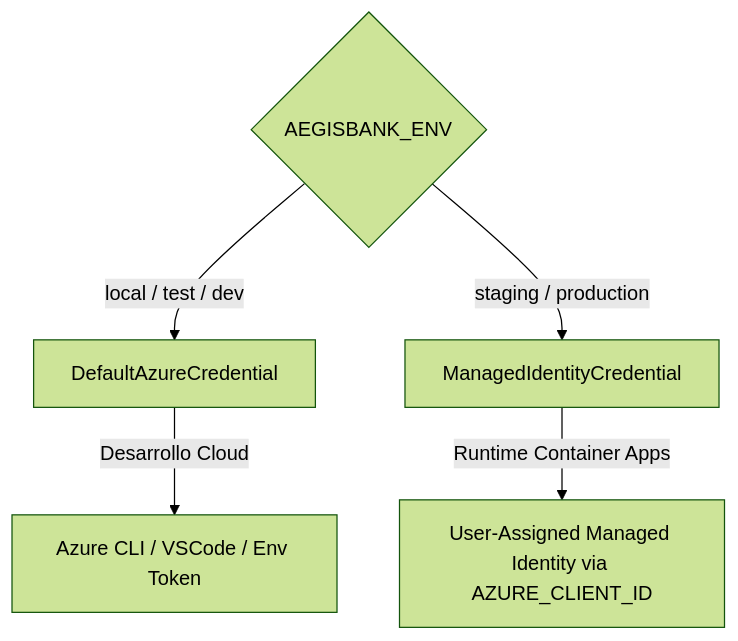
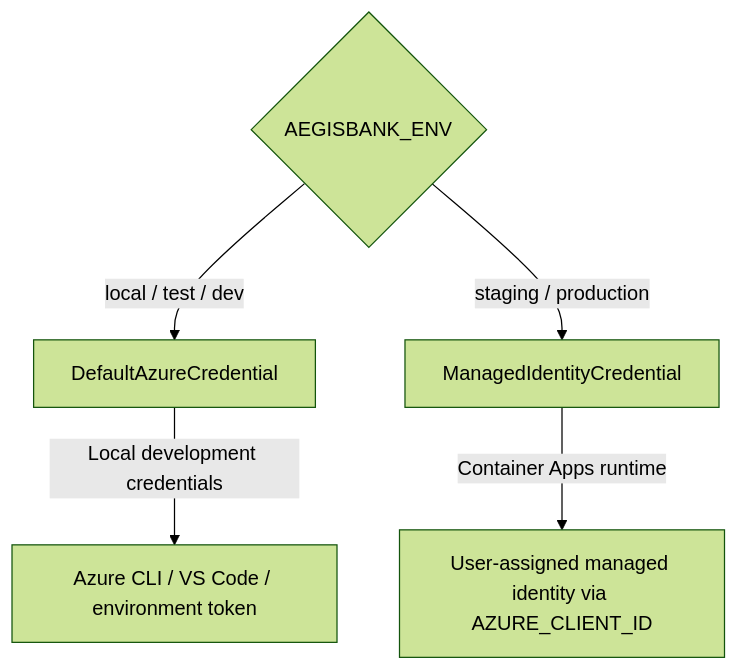
Before and after one commit to PCVV-Organization/aegisbank-ai-platform: the diagram in docs/operations/IDENTITY-TROUBLESHOOTING.md, drawn with Mermaid (forest theme). The commit also changed other lines of this file and 74 other files, not shown here.

````diff
--- a/docs/operations/IDENTITY-TROUBLESHOOTING.md
+++ b/docs/operations/IDENTITY-TROUBLESHOOTING.md
@@ -13,9 +12,9 @@
 ```mermaid
 flowchart TD
     ENV{AEGISBANK_ENV}
     ENV -->|local / test / dev| DAC[DefaultAzureCredential]
     ENV -->|staging / production| MIC[ManagedIdentityCredential]
 
-    DAC -->|Desarrollo Cloud| LocalAzLogin[Azure CLI / VSCode / Env Token]
-    MIC -->|Runtime Container Apps| UAMI[User-Assigned Managed Identity via AZURE_CLIENT_ID]
+    DAC -->|Local development credentials| LocalAzLogin[Azure CLI / VS Code / environment token]
+    MIC -->|Container Apps runtime| UAMI[User-assigned managed identity via AZURE_CLIENT_ID]
 ```
````
